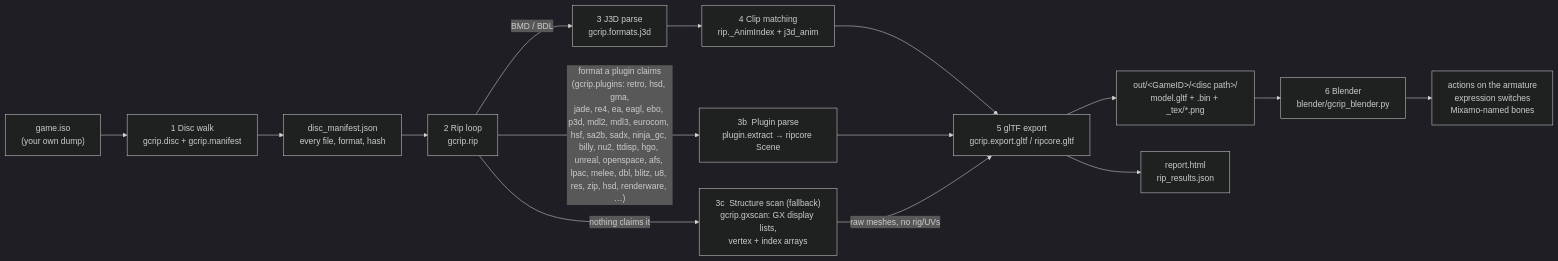
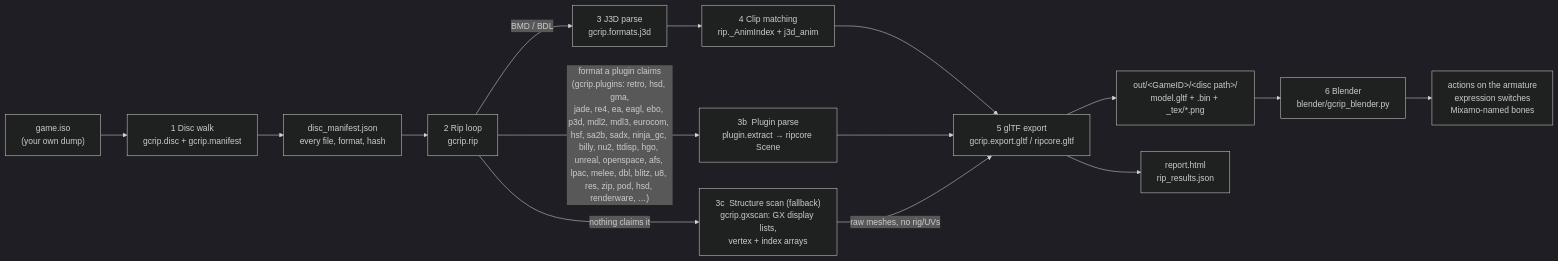
Before and after one commit to Felbs/3d-ripper-9000: the first of 9 diagrams in docs/PIPELINE.md, drawn with Mermaid (dark theme). The commit also changed other lines of this file and 6 other files, not shown here.

First line of the commit message:
gcrip pod: Terminal Reality POD2 / POD3 archives (BloodRayne, Blowout, RoadKill, 4x4 Evo 2)

````diff
--- a/docs/PIPELINE.md
+++ b/docs/PIPELINE.md
@@ -11,17 +11,17 @@
 ```mermaid
 flowchart LR
     ISO["game.iso<br/>(your own dump)"] --> WALK["1  Disc walk<br/>gcrip.disc + gcrip.manifest"]
     WALK --> MAN["disc_manifest.json<br/>every file, format, hash"]
     MAN --> RIP["2  Rip loop<br/>gcrip.rip"]
     RIP -->|"BMD / BDL"| J3D["3  J3D parse<br/>gcrip.formats.j3d"]
-    RIP -->|"format a plugin claims<br/>(gcrip.plugins: retro, hsd, gma,<br/>jade, re4, ea, eagl, ebo, p3d, mdl2, mdl3, eurocom, hsf, sa2b, sadx, ninja_gc, billy, nu2, ttdisp, hgo, unreal, openspace, afs, lpac, melee, dbl, blitz, u8, res, zip, hsd, renderware, …)"| PLUG["3b  Plugin parse<br/>plugin.extract → ripcore Scene"]
+    RIP -->|"format a plugin claims<br/>(gcrip.plugins: retro, hsd, gma,<br/>jade, re4, ea, eagl, ebo, p3d, mdl2, mdl3, eurocom, hsf, sa2b, sadx, ninja_gc, billy, nu2, ttdisp, hgo, unreal, openspace, afs, lpac, melee, dbl, blitz, u8, res, zip, pod, hsd, renderware, …)"| PLUG["3b  Plugin parse<br/>plugin.extract → ripcore Scene"]
     RIP -->|"nothing claims it"| GX["3c  Structure scan (fallback)<br/>gcrip.gxscan: GX display lists,<br/>vertex + index arrays"]
     J3D --> ANIM["4  Clip matching<br/>rip._AnimIndex + j3d_anim"]
     ANIM --> GLTF["5  glTF export<br/>gcrip.export.gltf / ripcore.gltf"]
     PLUG --> GLTF
     GX -->|"raw meshes, no rig/UVs"| GLTF
     GLTF --> OUT["out/&lt;GameID&gt;/&lt;disc path&gt;/<br/>model.gltf + .bin + _tex/*.png"]
     GLTF --> REP["report.html<br/>rip_results.json"]
     OUT --> BL["6  Blender<br/>blender/gcrip_blender.py"]
     BL --> PLAY["actions on the armature<br/>expression switches<br/>Mixamo-named bones"]
 ```
````
